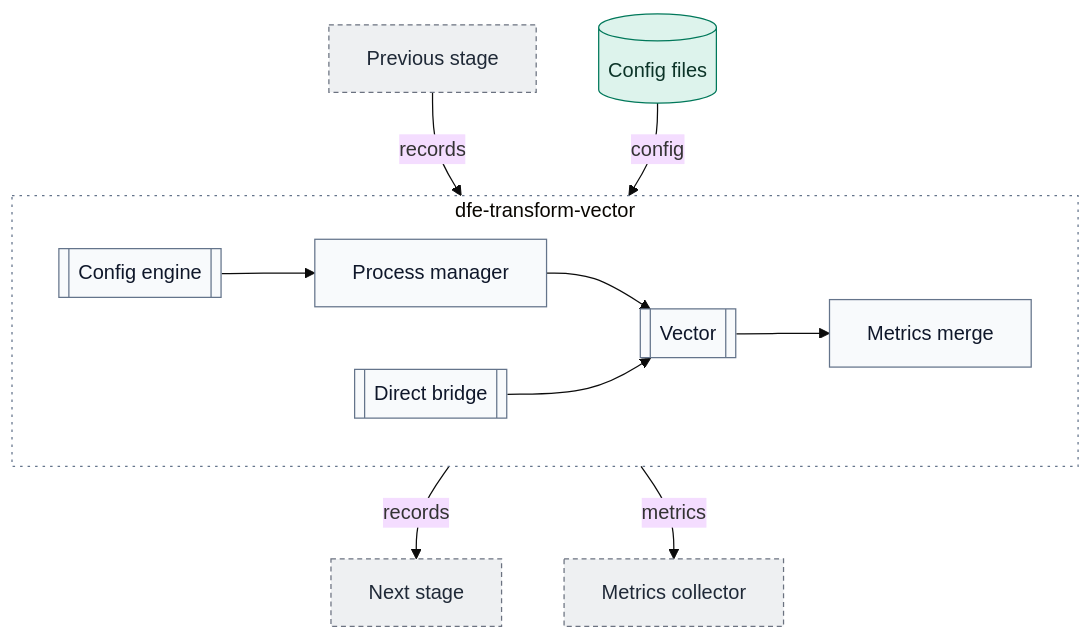
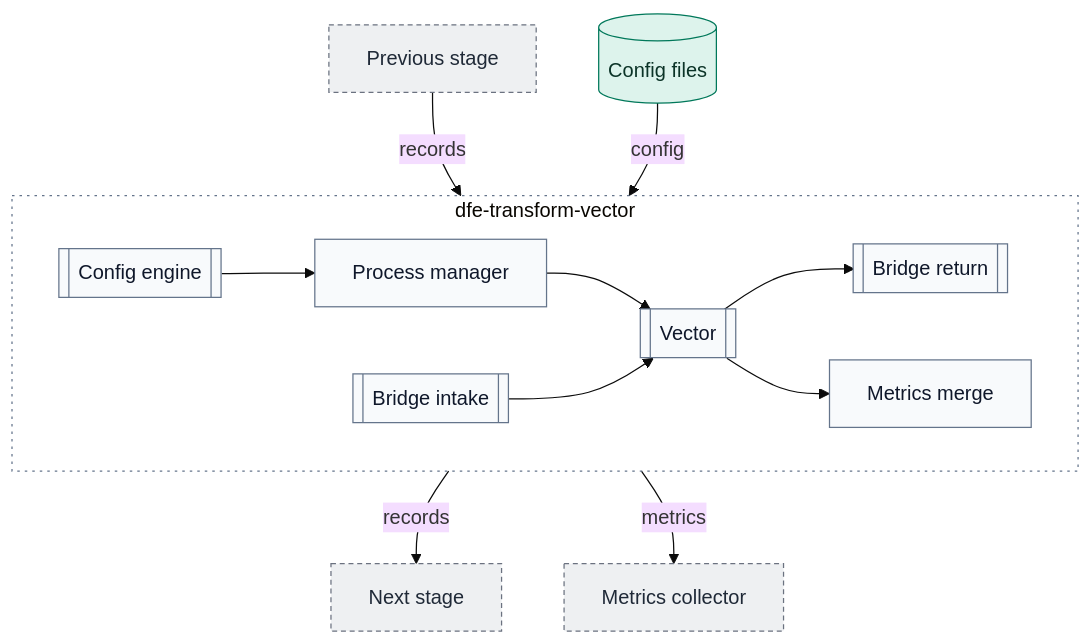
The diagram in README.md (hyperi-io/dfe-transform-vector), drawn with Mermaid (base theme) before and after one commit. The commit also changed 1 other file, not shown here.

Commit message:
docs(vector): draw the bridge return leg
Figure 1 in the README drew the bridge as one box feeding Vector, but the bridge takes Vector's output back. The diagram has two bridge boxes: intake into Vector and return from Vector, matching the two listeners in src/bridge.rs. The diagram passes the checker at 864x593 on Mermaid 12.3.0.

Correct librdkafka.md's claim that config-check rejects enable.auto.offset.store: true from any layer. The check in src/config/loader.rs reads the source consumer's layers alone.

````diff
--- a/README.md
+++ b/README.md
@@ -19,37 +19,39 @@
 ```mermaid
 flowchart TB
     accTitle: L3 Components -- dfe-transform-vector
-    accDescr: The previous stage sends records into the pod and the config and transform files configure it. Inside, the config engine writes the Vector config that the process manager starts Vector on, and on the direct transport the bridge carries records in and out of Vector. Vector's metrics are merged into the supervisor's and served on the ops port. Records leave for the next stage and metrics go to the collector.
+    accDescr: The previous stage sends records into the pod and the config and transform files configure it. Inside, the config engine writes the Vector config that the process manager starts Vector on, and on the direct transport the bridge intake hands records to Vector and the bridge return takes them back. Vector's metrics are merged into the supervisor's and served on the ops port. Records leave for the next stage and metrics go to the collector.
 
     prev["Previous stage"]
     files[("Config files")]
 
     subgraph pod["dfe-transform-vector"]
         direction LR
         cfg[["Config engine"]]
         proc["Process manager"]
-        bridge[["Direct bridge"]]
+        intake[["Bridge intake"]]
         vec[["Vector"]]
+        ret[["Bridge return"]]
         merge["Metrics merge"]
         cfg --> proc
         proc --> vec
-        bridge --> vec
+        intake --> vec
+        vec --> ret
         vec --> merge
     end
 
     next["Next stage"]
     collector["Metrics collector"]
 
     prev -->|records| pod
     files -->|config| pod
     pod -->|records| next
     pod -->|metrics| collector
 
     classDef default fill:#F8FAFC,stroke:#64748B,stroke-width:1px,color:#0F172A
     classDef store fill:#DDF3EC,stroke:#00785A,stroke-width:1px,color:#0B3327
     classDef ext fill:#EEF0F2,stroke:#6B7280,stroke-width:1px,stroke-dasharray:4 3,color:#1F2937
     classDef group fill:none,stroke:#64748B,stroke-width:1px,stroke-dasharray:2 4
     class prev,next,collector ext
     class files store
     class pod group
 ```
````
